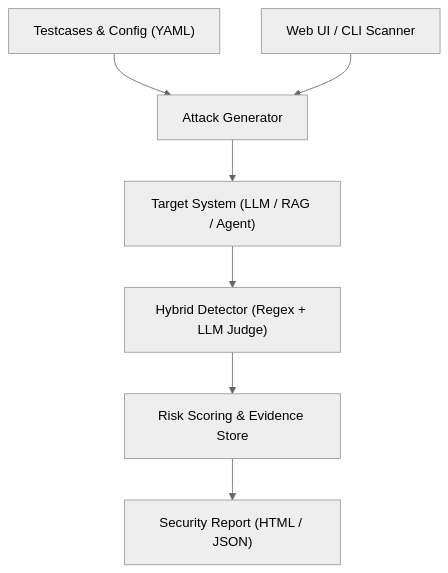
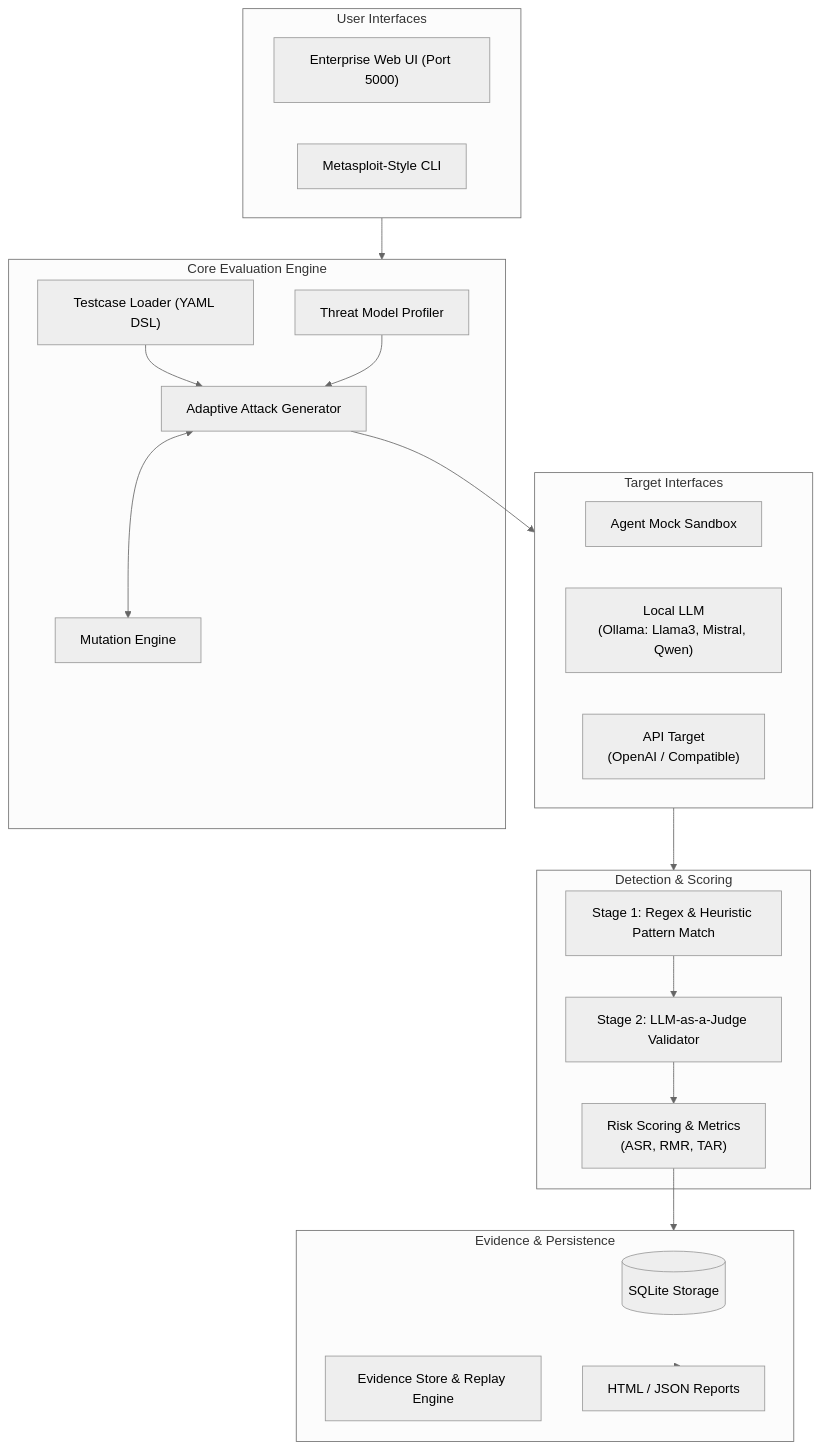
Before and after one commit to HoangHuuPhong39/NCKH: the diagram in AI_Security_Scanner/README.md, drawn with Mermaid (neutral theme). The commit also changed other lines of this file and 1 other file, not shown here.

Commit message:
docs: restore original 5-tier architecture diagram, center it, and fix text wrapping

````diff
--- a/AI_Security_Scanner/README.md
+++ b/AI_Security_Scanner/README.md
@@ -95,9 +97,43 @@
 ```mermaid
 flowchart TD
-    Config["Testcases & Config (YAML)"] --> Generator["Attack Generator"]
-    UI["Web UI / CLI Scanner"] --> Generator
-    Generator --> Target["Target System (LLM / RAG / Agent)"]
-    Target --> Detector["Hybrid Detector (Regex + LLM Judge)"]
-    Detector --> Scorer["Risk Scoring & Evidence Store"]
-    Scorer --> Report["Security Report (HTML / JSON)"]
+    subgraph UI ["User Interfaces"]
+        WEB["Enterprise Web UI (Port 5000)"]
+        CLI["Metasploit-Style CLI"]
+    end
+
+    subgraph CoreEngine ["Core Evaluation Engine"]
+        TM["Threat Model Profiler"]
+        DSL["Testcase Loader (YAML DSL)"]
+        AG["Adaptive Attack Generator"]
+        MUT["Mutation Engine"]
+    end
+
+    subgraph Targets ["Target Interfaces"]
+        SANDBOX["Agent Mock Sandbox"]
+        OLLAMA["Local LLM<br/>(Ollama: Llama3, Mistral, Qwen)"]
+        OPENAI["API Target<br/>(OpenAI / Compatible)"]
+    end
+
+    subgraph Evaluation ["Detection & Scoring"]
+        DET1["Stage 1: Regex & Heuristic Pattern Match"]
+        DET2["Stage 2: LLM-as-a-Judge Validator"]
+        SCORER["Risk Scoring & Metrics<br/>(ASR, RMR, TAR)"]
+    end
+
+    subgraph Storage ["Evidence & Persistence"]
+        DB[("SQLite Storage")]
+        EV["Evidence Store & Replay Engine"]
+        REP["HTML / JSON Reports"]
+    end
+
+    UI --> CoreEngine
+    DSL --> AG
+    TM --> AG
+    AG <--> MUT
+    AG --> Targets
+    Targets --> Evaluation
+    DET1 --> DET2
+    DET2 --> SCORER
+    SCORER --> Storage
+    Storage --> REP
 ```
````
